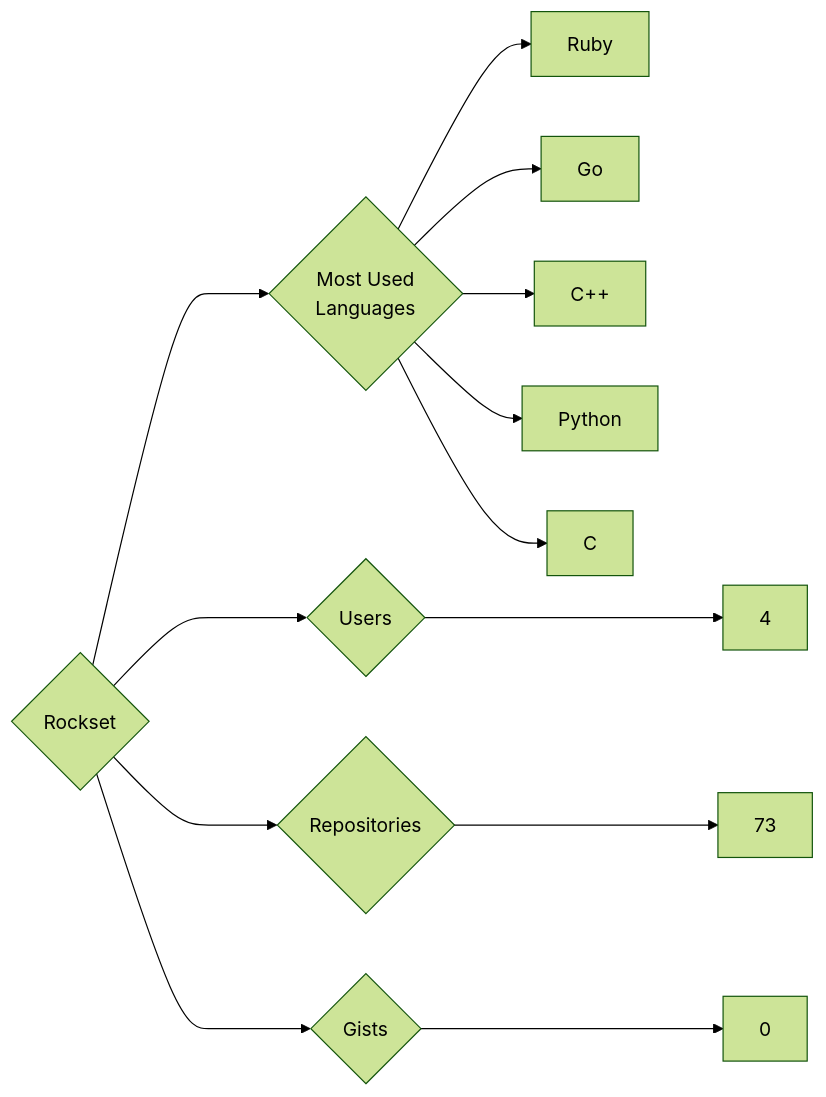
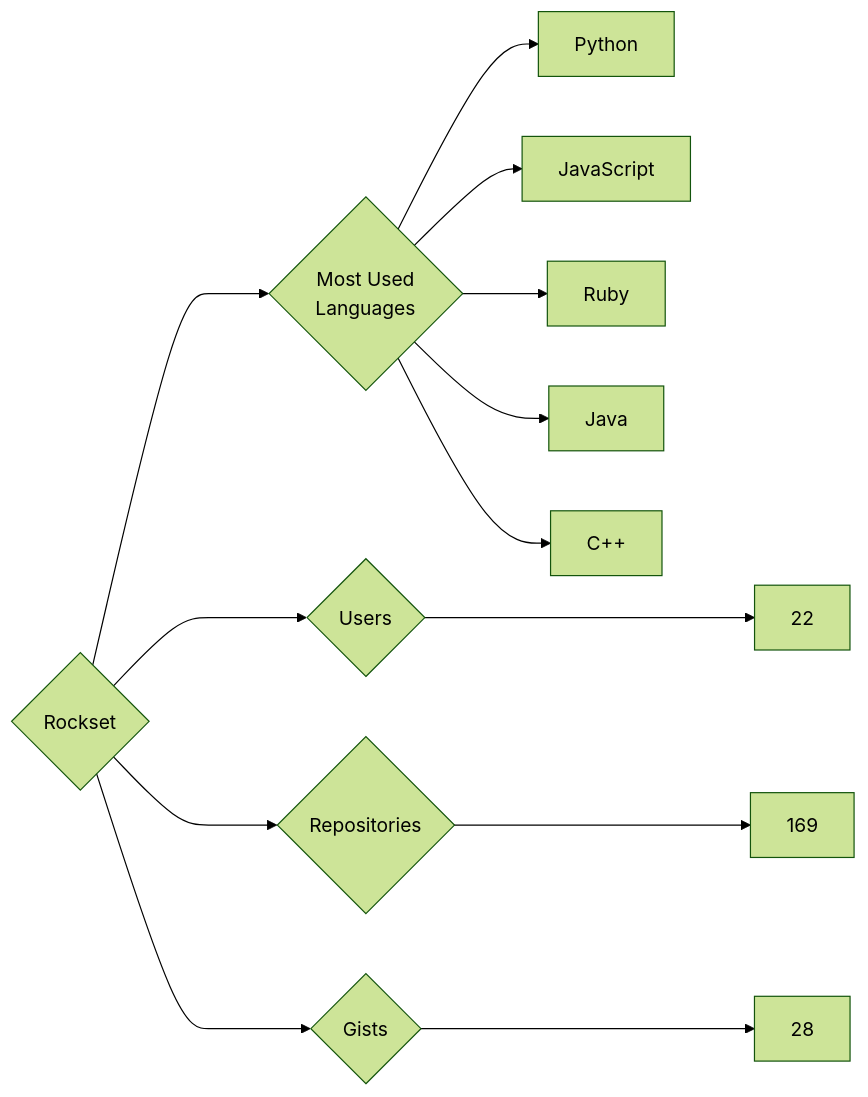
Before and after one commit to trickest/insiders: the diagram in targets/Rockset/README.md, drawn with Mermaid (forest theme). The commit also changed 997 other files, not shown here.

````diff
--- a/targets/Rockset/README.md
+++ b/targets/Rockset/README.md
@@ -3,13 +3,13 @@
 ```mermaid
 graph LR
 COMPANY_NAME{Rockset}
-COMPANY_NAME ---> U{Users} ---> UN[4]
-COMPANY_NAME ---> R{Repositories} ---> RN[73]
-COMPANY_NAME ---> G{Gists} ---> GN[0]
+COMPANY_NAME ---> U{Users} ---> UN[22]
+COMPANY_NAME ---> R{Repositories} ---> RN[169]
+COMPANY_NAME ---> G{Gists} ---> GN[28]
 COMPANY_NAME ---> ML{Most Used<br>Languages}
-ML --> Ruby
-ML --> Go
-ML --> C++
-ML --> Python
-ML --> C
+ML --> Python[Python]
+ML --> JavaScript[JavaScript]
+ML --> Ruby[Ruby]
+ML --> Java[Java]
+ML --> C++[C++]
 ```
````
